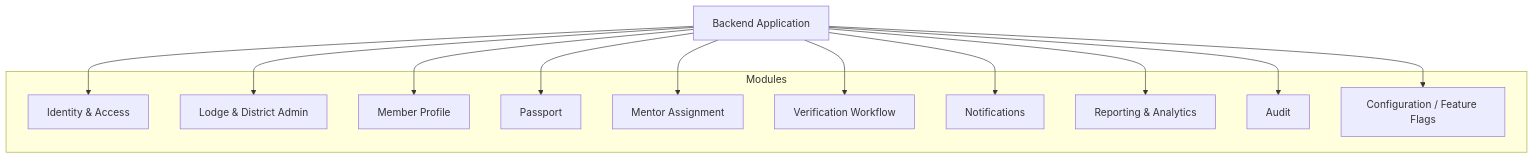
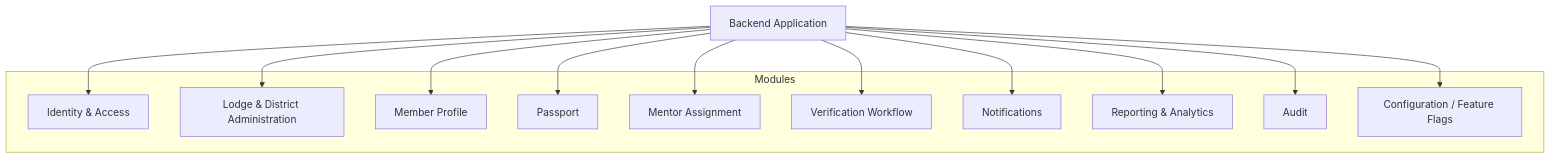
The third of 3 diagrams in docs/02-architecture/DGLEA_Masonic_Passport_System_Context_and_Container_Diagrams_v1.md (blackTieV2/DGLEA-Masonic-Passport), drawn with Mermaid before and after one commit. The commit also changed other lines of this file and 9 other files, not shown here.

Commit message:
docs: freeze canonical naming across product, architecture, api, ux, and testing

````diff
--- a/docs/02-architecture/DGLEA_Masonic_Passport_System_Context_and_Container_Diagrams_v1.md
+++ b/docs/02-architecture/DGLEA_Masonic_Passport_System_Context_and_Container_Diagrams_v1.md
@@ -242,28 +242,28 @@
 ```mermaid
 flowchart TD
     API[Backend Application]
 
     subgraph Modules
         IA[Identity & Access]
-        ADMIN[Lodge & District Admin]
+        ADMIN[Lodge & District Administration]
         MEMBER[Member Profile]
         PASS[Passport]
         ASSIGN[Mentor Assignment]
         VERIFY[Verification Workflow]
         NOTIFY[Notifications]
         REPORT[Reporting & Analytics]
         AUDIT[Audit]
         CONFIG[Configuration / Feature Flags]
     end
 
     API --> IA
     API --> ADMIN
     API --> MEMBER
     API --> PASS
     API --> ASSIGN
     API --> VERIFY
     API --> NOTIFY
     API --> REPORT
     API --> AUDIT
     API --> CONFIG
 ```
````
